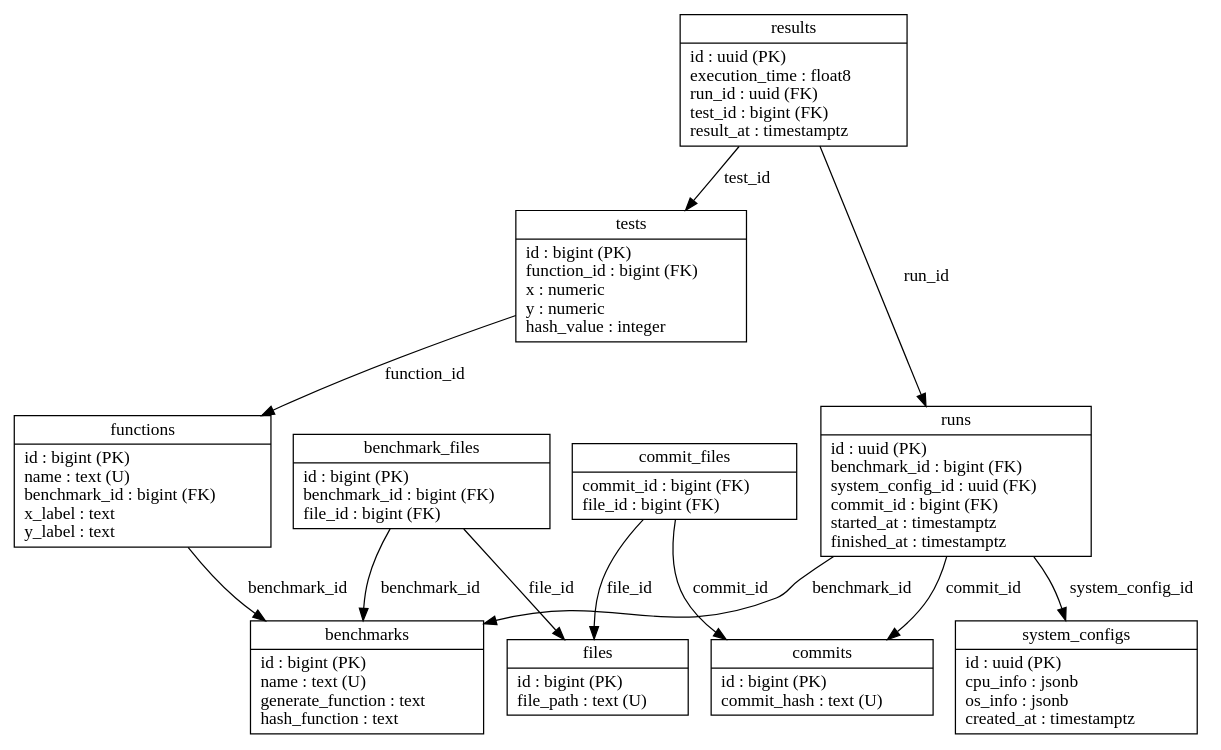
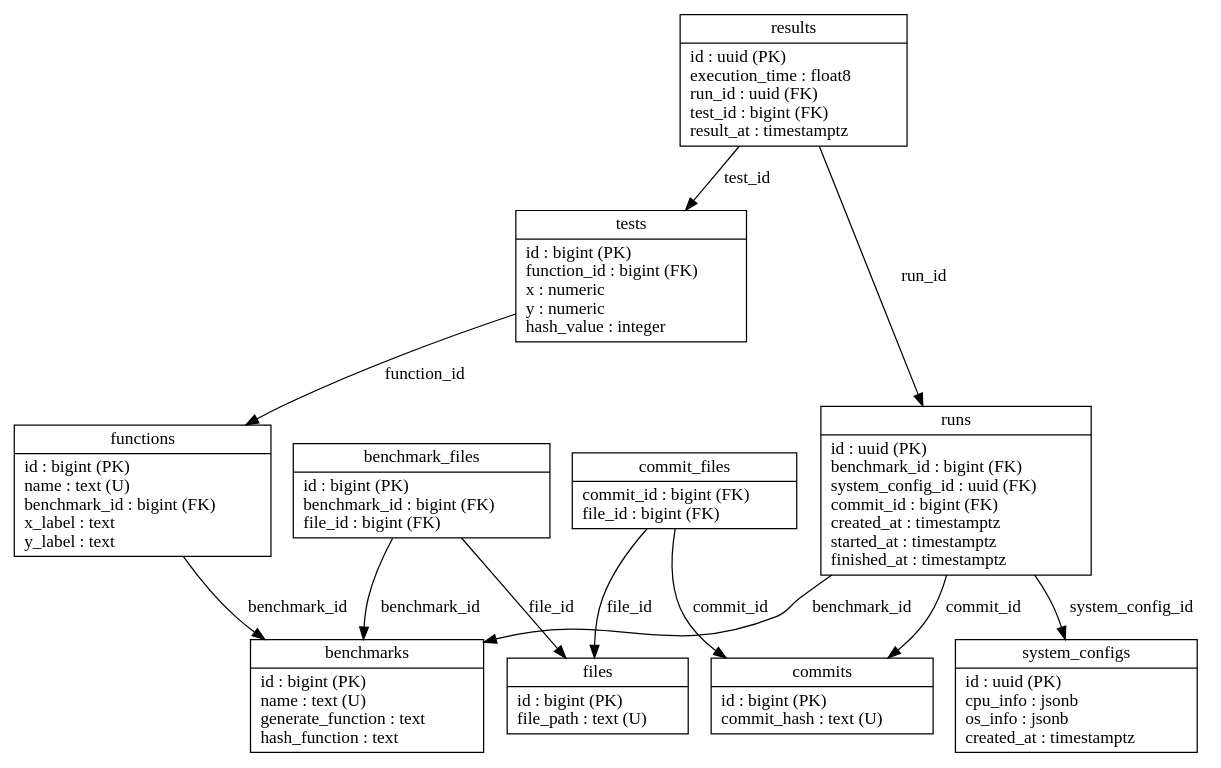
One commit to joelonsql/pg-catbench changed the diagram in docs/data-model.dot. Above: the diagram before and after it, drawn with Graphviz. The commit also changed 11 other files, not shown here.

```diff
--- a/docs/data-model.dot
+++ b/docs/data-model.dot
@@ -1,27 +1,27 @@
 digraph pg_catbench {
     node [shape=record];
 
     benchmarks [label="{benchmarks|id : bigint (PK)\lname : text (U)\lgenerate_function : text\lhash_function : text\l}"];
     benchmark_files [label="{benchmark_files|id : bigint (PK)\lbenchmark_id : bigint (FK)\lfile_id : bigint (FK)\l}"];
     functions [label="{functions|id : bigint (PK)\lname : text (U)\lbenchmark_id : bigint (FK)\lx_label : text\ly_label : text\l}"];
     system_configs [label="{system_configs|id : uuid (PK)\lcpu_info : jsonb\los_info : jsonb\lcreated_at : timestamptz\l}"];
     results [label="{results|id : uuid (PK)\lexecution_time : float8\lrun_id : uuid (FK)\ltest_id : bigint (FK)\lresult_at : timestamptz\l}"];
-    runs [label="{runs|id : uuid (PK)\lbenchmark_id : bigint (FK)\lsystem_config_id : uuid (FK)\lcommit_id : bigint (FK)\lstarted_at : timestamptz\lfinished_at : timestamptz\l}"];
+    runs [label="{runs|id : uuid (PK)\lbenchmark_id : bigint (FK)\lsystem_config_id : uuid (FK)\lcommit_id : bigint (FK)\lcreated_at : timestamptz\lstarted_at : timestamptz\lfinished_at : timestamptz\l}"];
     tests [label="{tests|id : bigint (PK)\lfunction_id : bigint (FK)\lx : numeric\ly : numeric\lhash_value : integer\l}"];
     commits [label="{commits|id : bigint (PK)\lcommit_hash : text (U)\l}"];
     files [label="{files|id : bigint (PK)\lfile_path : text (U)\l}"];
     commit_files [label="{commit_files|commit_id : bigint (FK)\lfile_id : bigint (FK)\l}"];
 
     // Relationships
     benchmark_files -> benchmarks [label="benchmark_id"];
     benchmark_files -> files [label="file_id"];
     functions -> benchmarks [label="benchmark_id"];
     results -> runs [label="run_id"];
     results -> tests [label="test_id"];
     runs -> benchmarks [label="benchmark_id"];
     runs -> system_configs [label="system_config_id"];
     runs -> commits [label="commit_id"];
     tests -> functions [label="function_id"];
     commit_files -> commits [label="commit_id"];
     commit_files -> files [label="file_id"];
 }
```
